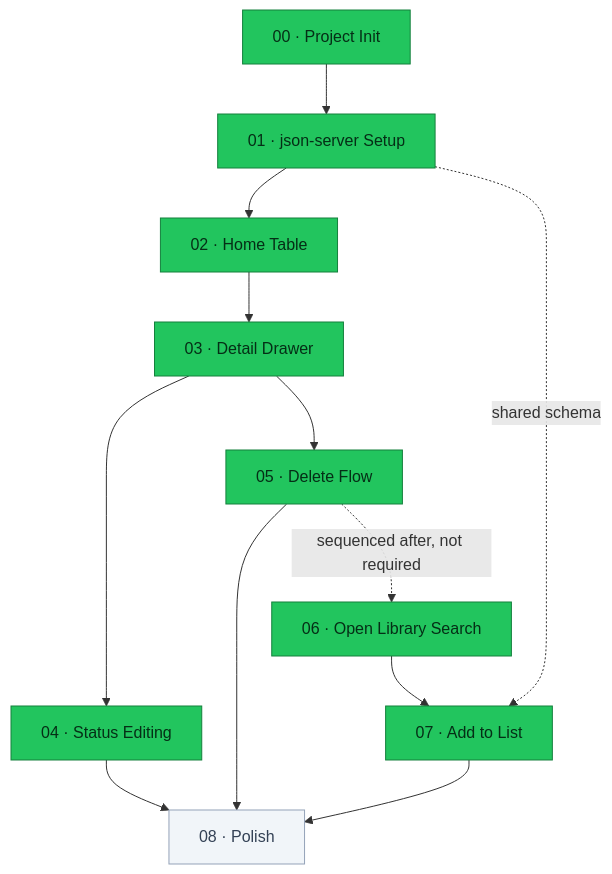
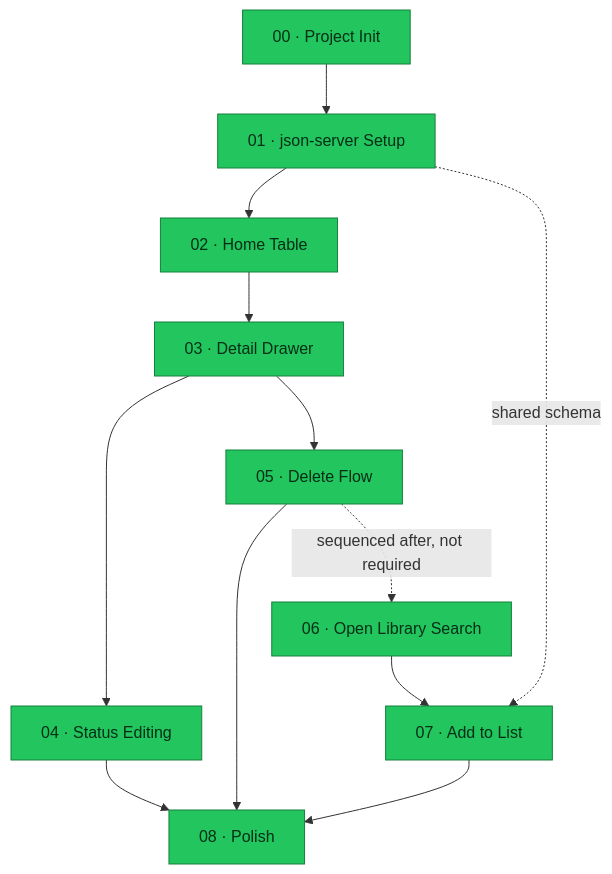
The first of 3 diagrams in README.md (raki-rankawat/next-reading-list-app), drawn with Mermaid before and after one commit. The commit also changed other lines of this file, not shown here.

````diff
--- a/README.md
+++ b/README.md
@@ -27,19 +27,18 @@
 ```mermaid
 flowchart TD
     F00["00 · Project Init"] --> F01["01 · json-server Setup"]
     F01 --> F02["02 · Home Table"]
     F02 --> F03["03 · Detail Drawer"]
     F03 --> F04["04 · Status Editing"]
     F03 --> F05["05 · Delete Flow"]
     F05 -.->|"sequenced after, not required"| F06["06 · Open Library Search"]
     F06 --> F07["07 · Add to List"]
     F01 -.->|"shared schema"| F07
     F04 --> F08["08 · Polish"]
     F05 --> F08
     F07 --> F08
 
     classDef done fill:#22c55e,stroke:#15803d,color:#052e16
     classDef todo fill:#f1f5f9,stroke:#94a3b8,color:#334155
-    class F00,F01,F02,F03,F04,F05,F06,F07 done
-    class F08 todo
+    class F00,F01,F02,F03,F04,F05,F06,F07,F08 done
 ```
````
